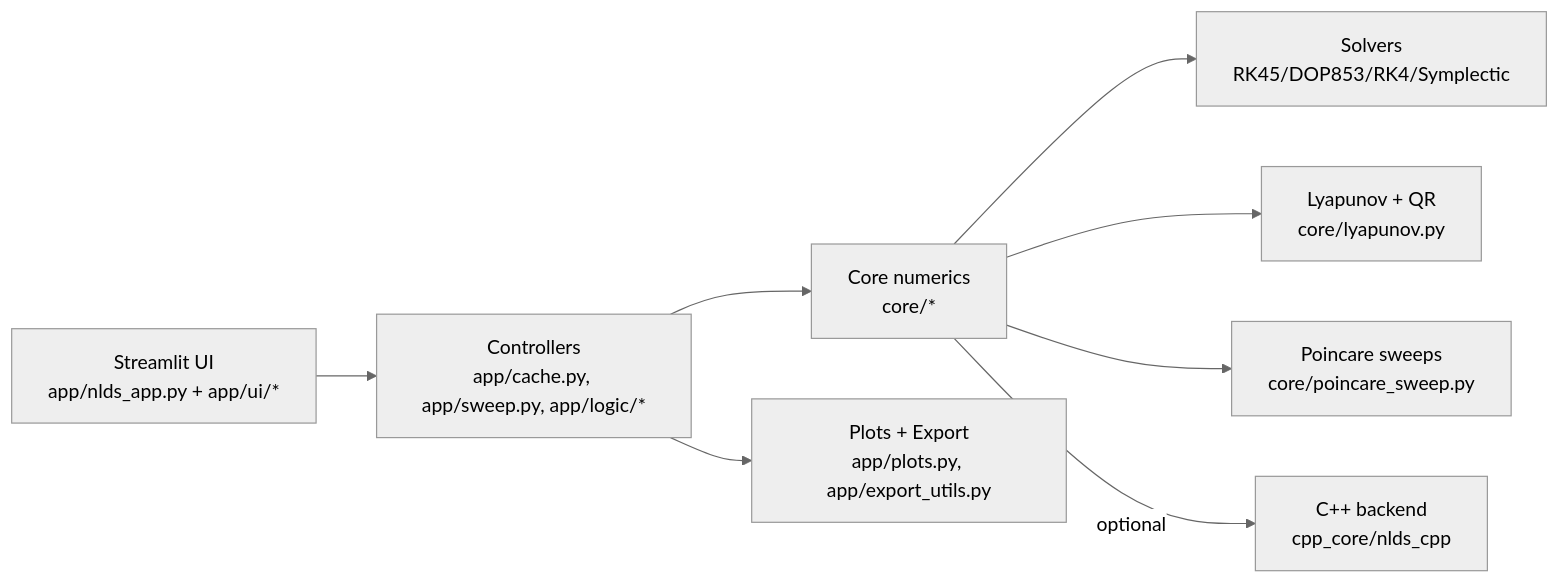
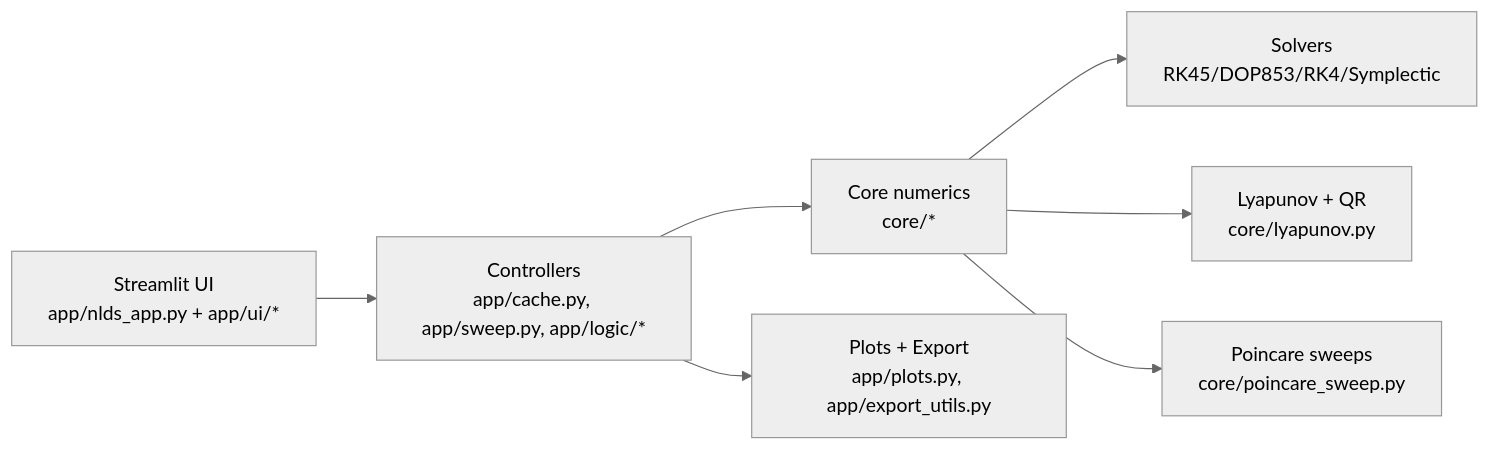
Before and after one commit to OdyGoundi/nds-simulator: the diagram in README.md, drawn with Mermaid (neutral theme). The commit also changed other lines of this file and 32 other files, not shown here.

````diff
--- a/README.md
+++ b/README.md
@@ -13,10 +13,9 @@
 ```mermaid
 flowchart LR
   UI[Streamlit UI\napp/nlds_app.py + app/ui/*] --> CTRL[Controllers\napp/cache.py, app/sweep.py, app/logic/*]
   CTRL --> CORE[Core numerics\ncore/*]
   CORE --> SOLVERS[Solvers\nRK45/DOP853/RK4/Symplectic]
   CORE --> LYA[Lyapunov + QR\ncore/lyapunov.py]
   CORE --> POIN[ Poincare sweeps\ncore/poincare_sweep.py]
   CTRL --> PLOTS[Plots + Export\napp/plots.py, app/export_utils.py]
-  CORE -->|optional| CPP[C++ backend\ncpp_core/nlds_cpp]
 ```
````
